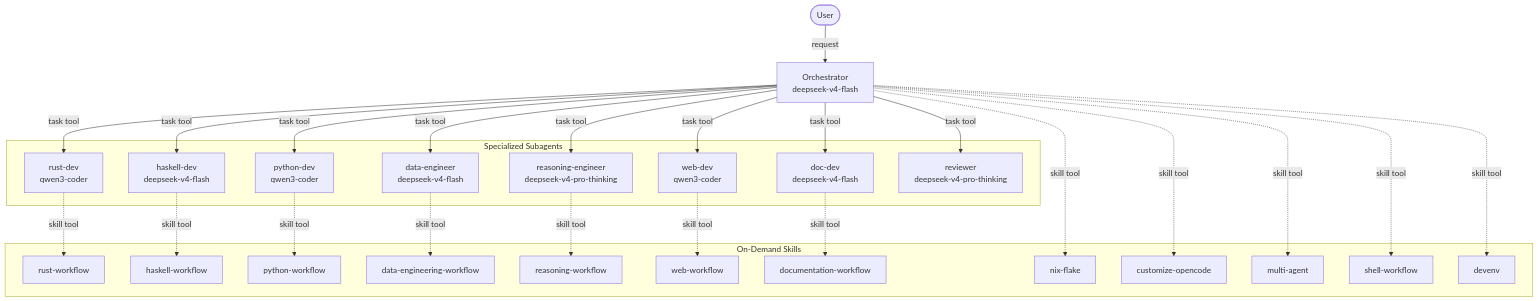
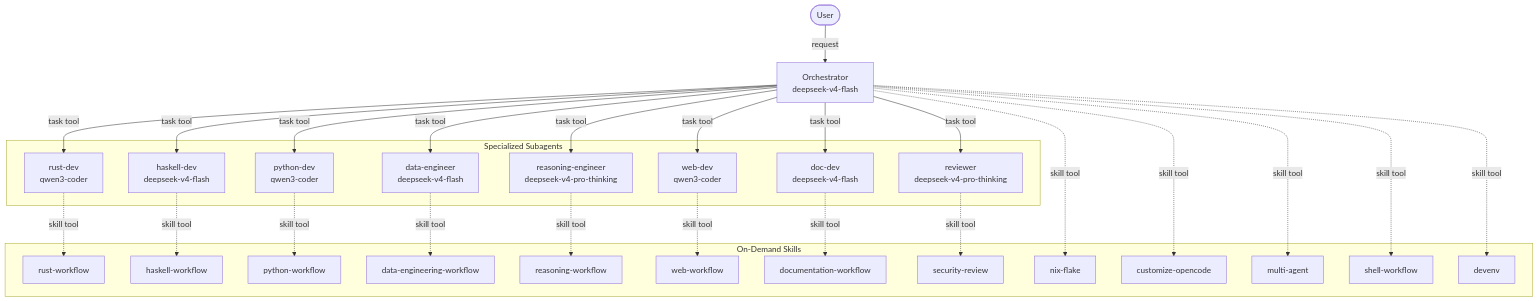
One commit to Dietr1ch/mttm changed the diagram in README.org. Above: the diagram before and after it, drawn with Mermaid. The commit also changed other lines of this file and 3 other files, not shown here.

Commit message:
Reviewer: Allow domain skills and add security-review checklist

```diff
--- a/README.org
+++ b/README.org
@@ -46,52 +46,54 @@
 #+begin_src mermaid :file .img/architecture.png :width 1024px :exports both
   flowchart TB
       User([User]) -->|request| ORC[Orchestrator<br/>deepseek-v4-flash]
 
       subgraph Subagents [Specialized Subagents]
           RS[rust-dev<br/>qwen3-coder]
           HS[haskell-dev<br/>deepseek-v4-flash]
           PY[python-dev<br/>qwen3-coder]
           DE[data-engineer<br/>deepseek-v4-flash]
           RE[reasoning-engineer<br/>deepseek-v4-pro-thinking]
           WB[web-dev<br/>qwen3-coder]
           DD[doc-dev<br/>deepseek-v4-flash]
           RV[reviewer<br/>deepseek-v4-pro-thinking]
       end
 
       ORC -->|task tool| RS
       ORC -->|task tool| HS
       ORC -->|task tool| PY
       ORC -->|task tool| DE
       ORC -->|task tool| RE
       ORC -->|task tool| WB
       ORC -->|task tool| DD
       ORC -->|task tool| RV
 
       subgraph Skills [On-Demand Skills]
           SK1[rust-workflow]
           SK2[haskell-workflow]
           SK3[python-workflow]
           SK4[data-engineering-workflow]
           SK5[reasoning-workflow]
           SK6[web-workflow]
           SK7[shell-workflow]
           SK8[nix-flake]
           SK9[customize-opencode]
           SK10[multi-agent]
           SK11[documentation-workflow]
           SK12[devenv]
+          SK13[security-review]
       end
 
       RS -.->|skill tool| SK1
       HS -.->|skill tool| SK2
       PY -.->|skill tool| SK3
       DE -.->|skill tool| SK4
       RE -.->|skill tool| SK5
       WB -.->|skill tool| SK6
       DD -.->|skill tool| SK11
       ORC -.->|skill tool| SK8
       ORC -.->|skill tool| SK9
       ORC -.->|skill tool| SK10
       ORC -.->|skill tool| SK7
       ORC -.->|skill tool| SK12
+      RV -.->|skill tool| SK13
 #+end_src
```
